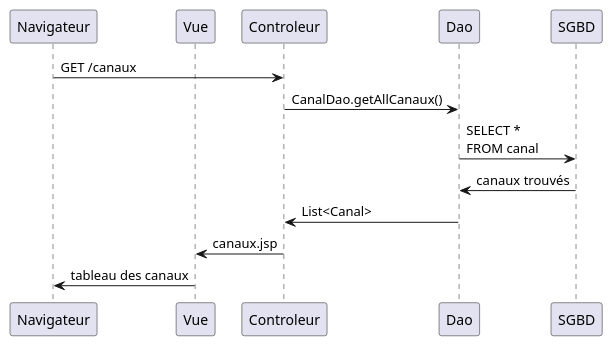
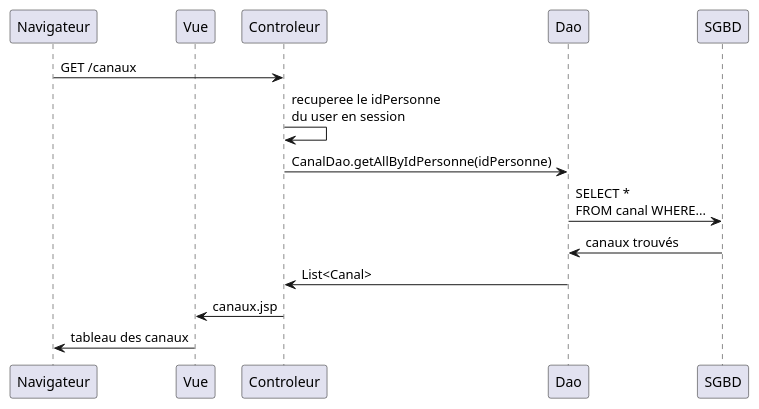
Before and after one commit to michel-plasse/cdaMassy2021: the diagram in src/main/webapp/WEB-INF/doc/ListerLesCanaux.puml, drawn with PlantUML.

```diff
--- a/src/main/webapp/WEB-INF/doc/ListerLesCanaux.puml
+++ b/src/main/webapp/WEB-INF/doc/ListerLesCanaux.puml
@@ -1,11 +1,12 @@
 @startuml 
 participant Navigateur 
 participant Vue  
 Navigateur -> Controleur : GET /canaux 
-Controleur -> Dao: CanalDao.getAllCanaux()
-Dao -> SGBD: SELECT *\nFROM canal
+Controleur -> Controleur : recuperee le idPersonne\ndu user en session
+Controleur -> Dao: CanalDao.getAllByIdPersonne(idPersonne)
+Dao -> SGBD: SELECT *\nFROM canal WHERE...
 SGBD -> Dao : canaux trouvés
 Dao -> Controleur: List<Canal> 
 Controleur -> Vue: canaux.jsp 
 Vue -> Navigateur: tableau des canaux
 @enduml
```
